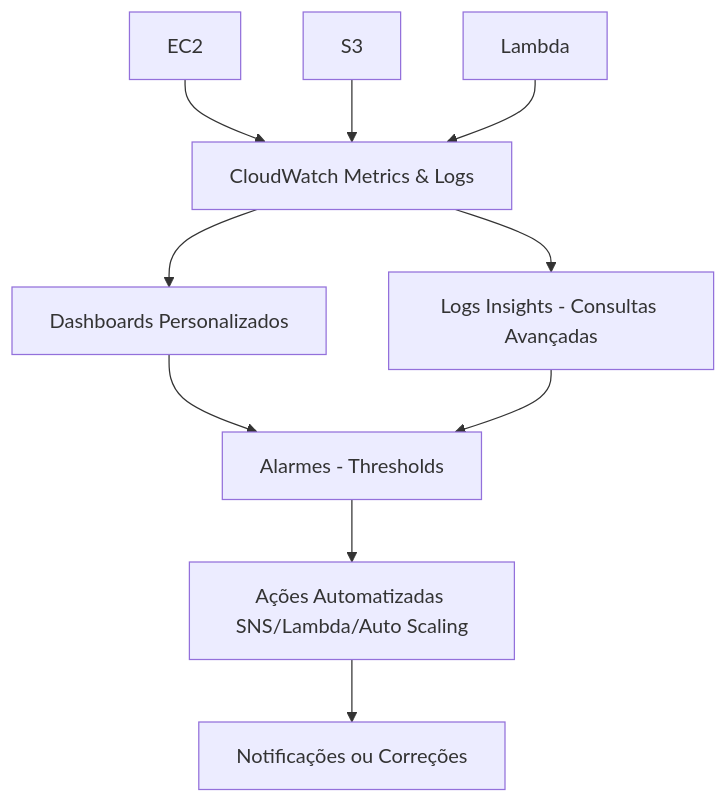
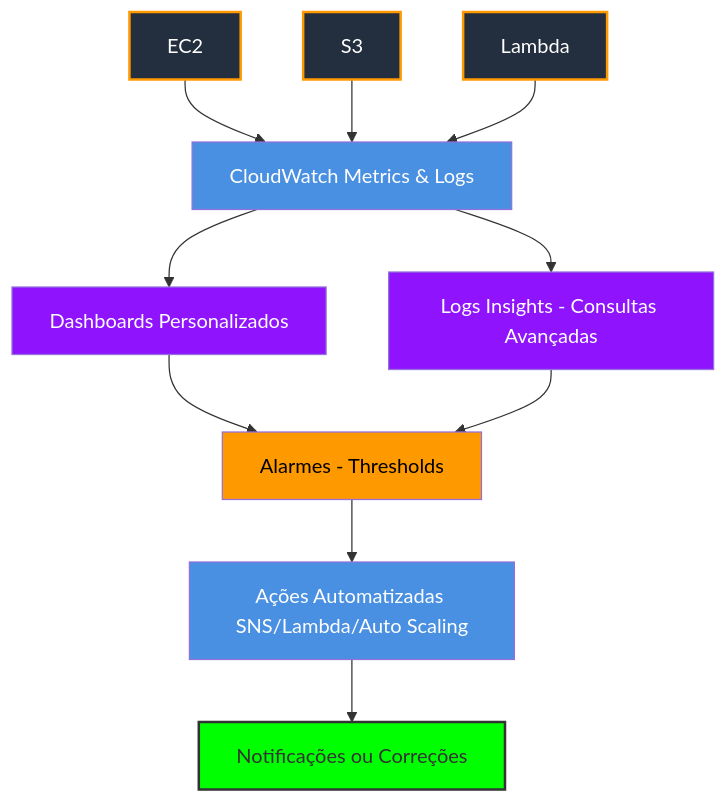
The diagram in modulo-8/diagrams/cloudwatch.mmd (AnnyKaah/cloud-girls-aws-journey), drawn with Mermaid before and after one commit.

```diff
--- a/modulo-8/diagrams/cloudwatch.mmd
+++ b/modulo-8/diagrams/cloudwatch.mmd
@@ -1,10 +1,20 @@
 flowchart TD
     A["EC2"] --> D["CloudWatch Metrics & Logs"]
     B["S3"] --> D
     C["Lambda"] --> D
     D --> E["Dashboards Personalizados"]
     D --> F["Logs Insights - Consultas Avançadas"]
     E --> G["Alarmes - Thresholds"]
     F --> G
     G --> H["Ações Automatizadas SNS/Lambda/Auto Scaling"]
     H --> I["Notificações ou Correções"]
+
+    style A fill:#232F3E,stroke:#F90,stroke-width:2px,color:#FFF
+    style B fill:#232F3E,stroke:#F90,stroke-width:2px,color:#FFF
+    style C fill:#232F3E,stroke:#F90,stroke-width:2px,color:#FFF
+    style D fill:#4A90E2,color:#FFF
+    style E fill:#9013FE,color:#FFF
+    style F fill:#9013FE,color:#FFF
+    style G fill:#FF9900,color:#000
+    style H fill:#4A90E2,color:#FFF
+    style I fill:#00FF00,stroke:#333,stroke-width:2px
```
